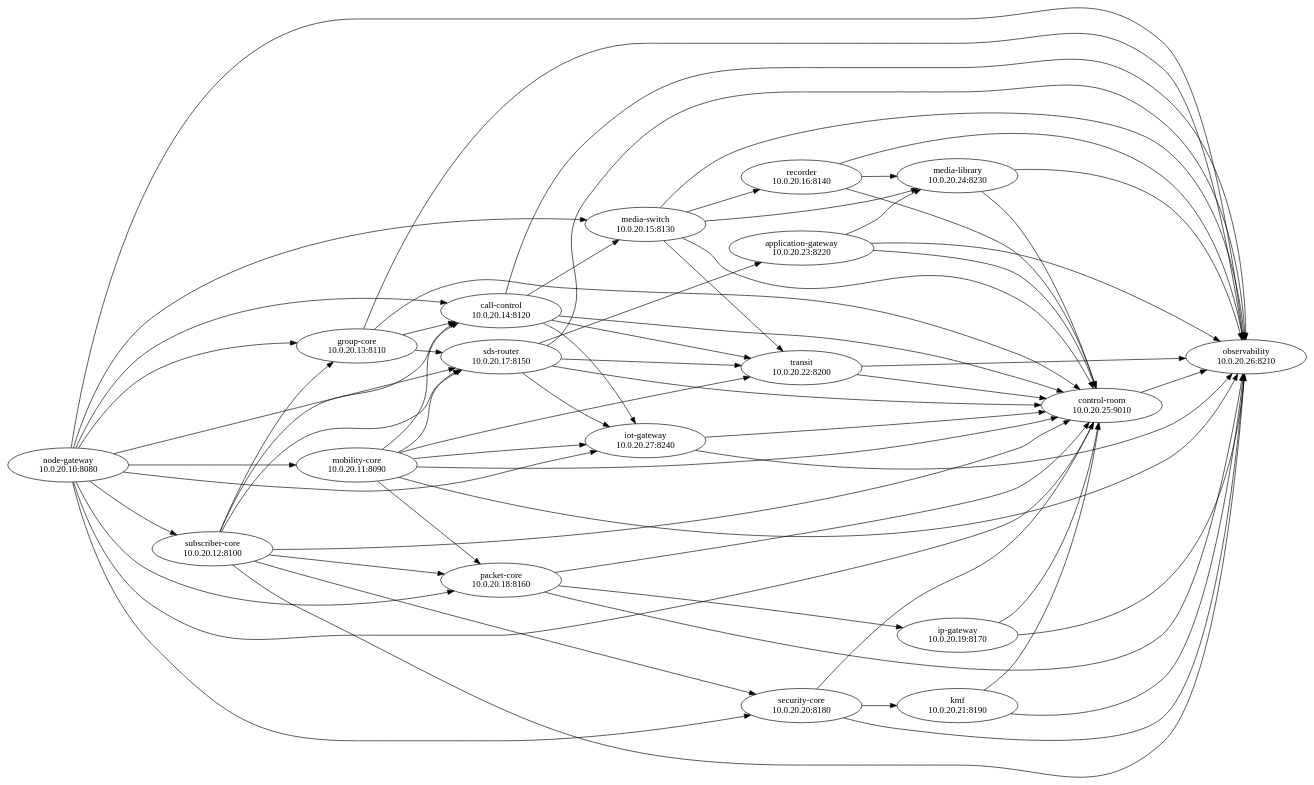
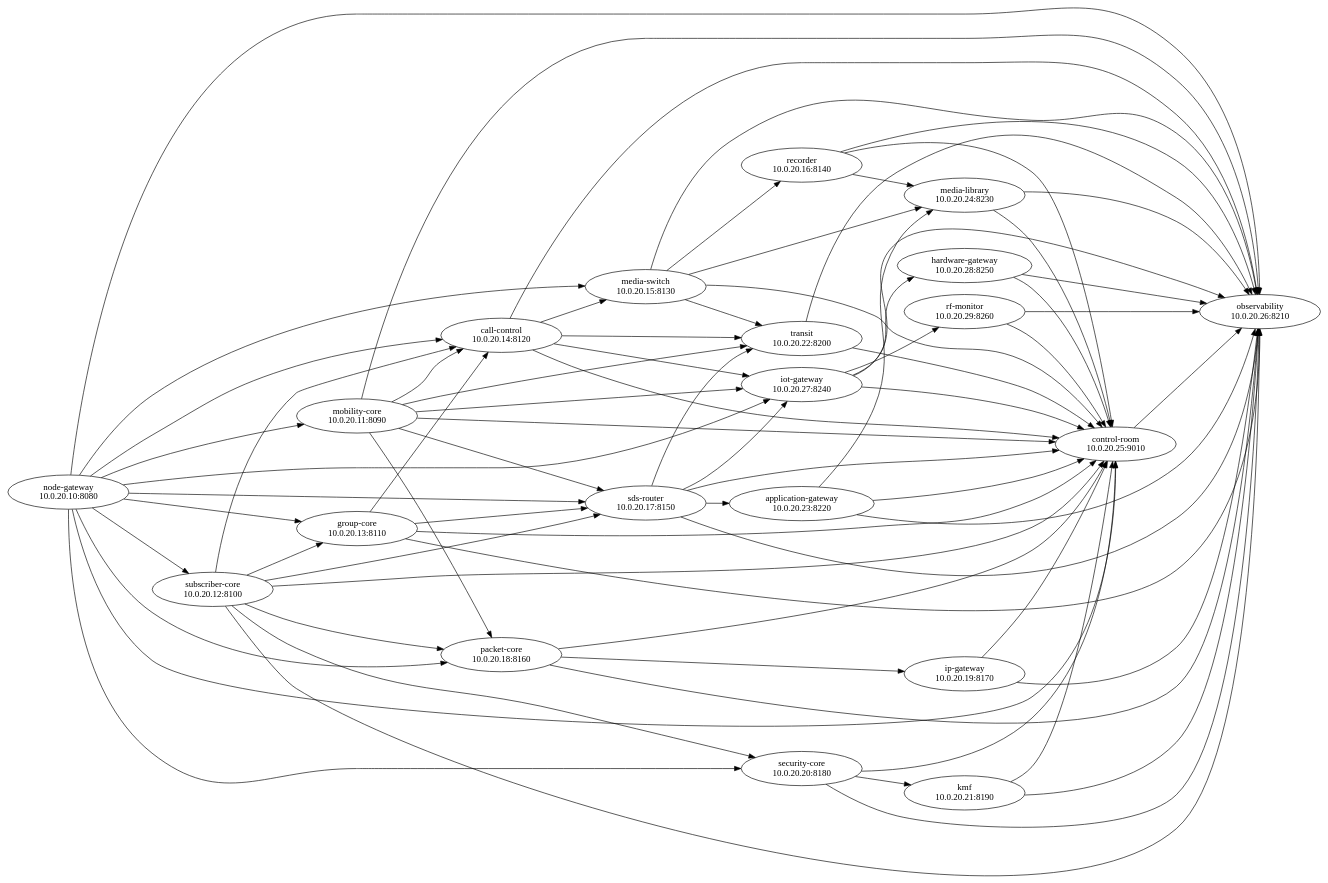
The diagram in deploy/open-lab/generated/dependency-graph.dot (JanHG98/netcore-tetra), drawn with Graphviz before and after one commit. The commit also changed 36 other files, not shown here.

First line of the commit message:
Add Phase 7 RF monitor and hardware-gateway

```diff
--- a/deploy/open-lab/generated/dependency-graph.dot
+++ b/deploy/open-lab/generated/dependency-graph.dot
@@ -1,88 +1,96 @@
 digraph netcore_open_lab {
   rankdir=LR;
   "node-gateway" [label="node-gateway\n10.0.20.10:8080"];
   "mobility-core" [label="mobility-core\n10.0.20.11:8090"];
   "node-gateway" -> "mobility-core";
   "subscriber-core" [label="subscriber-core\n10.0.20.12:8100"];
   "node-gateway" -> "subscriber-core";
   "group-core" [label="group-core\n10.0.20.13:8110"];
   "node-gateway" -> "group-core";
   "subscriber-core" -> "group-core";
   "call-control" [label="call-control\n10.0.20.14:8120"];
   "node-gateway" -> "call-control";
   "subscriber-core" -> "call-control";
   "group-core" -> "call-control";
   "mobility-core" -> "call-control";
   "media-switch" [label="media-switch\n10.0.20.15:8130"];
   "node-gateway" -> "media-switch";
   "call-control" -> "media-switch";
   "recorder" [label="recorder\n10.0.20.16:8140"];
   "media-switch" -> "recorder";
   "sds-router" [label="sds-router\n10.0.20.17:8150"];
   "node-gateway" -> "sds-router";
   "subscriber-core" -> "sds-router";
   "group-core" -> "sds-router";
   "mobility-core" -> "sds-router";
   "packet-core" [label="packet-core\n10.0.20.18:8160"];
   "node-gateway" -> "packet-core";
   "subscriber-core" -> "packet-core";
   "mobility-core" -> "packet-core";
   "ip-gateway" [label="ip-gateway\n10.0.20.19:8170"];
   "packet-core" -> "ip-gateway";
   "security-core" [label="security-core\n10.0.20.20:8180"];
   "node-gateway" -> "security-core";
   "subscriber-core" -> "security-core";
   "kmf" [label="kmf\n10.0.20.21:8190"];
   "security-core" -> "kmf";
   "transit" [label="transit\n10.0.20.22:8200"];
   "mobility-core" -> "transit";
   "call-control" -> "transit";
   "media-switch" -> "transit";
   "sds-router" -> "transit";
   "application-gateway" [label="application-gateway\n10.0.20.23:8220"];
   "sds-router" -> "application-gateway";
   "media-library" [label="media-library\n10.0.20.24:8230"];
   "media-switch" -> "media-library";
   "recorder" -> "media-library";
   "application-gateway" -> "media-library";
   "control-room" [label="control-room\n10.0.20.25:9010"];
   "node-gateway" -> "control-room";
   "subscriber-core" -> "control-room";
   "group-core" -> "control-room";
   "mobility-core" -> "control-room";
   "call-control" -> "control-room";
   "media-switch" -> "control-room";
   "recorder" -> "control-room";
   "sds-router" -> "control-room";
   "packet-core" -> "control-room";
   "ip-gateway" -> "control-room";
   "security-core" -> "control-room";
   "kmf" -> "control-room";
   "transit" -> "control-room";
   "application-gateway" -> "control-room";
   "media-library" -> "control-room";
   "iot-gateway" -> "control-room";
+  "hardware-gateway" -> "control-room";
+  "rf-monitor" -> "control-room";
   "observability" [label="observability\n10.0.20.26:8210"];
   "node-gateway" -> "observability";
   "subscriber-core" -> "observability";
   "group-core" -> "observability";
   "mobility-core" -> "observability";
   "call-control" -> "observability";
   "media-switch" -> "observability";
   "recorder" -> "observability";
   "sds-router" -> "observability";
   "packet-core" -> "observability";
   "ip-gateway" -> "observability";
   "security-core" -> "observability";
   "kmf" -> "observability";
   "transit" -> "observability";
   "application-gateway" -> "observability";
   "media-library" -> "observability";
   "iot-gateway" -> "observability";
+  "hardware-gateway" -> "observability";
+  "rf-monitor" -> "observability";
   "control-room" -> "observability";
   "iot-gateway" [label="iot-gateway\n10.0.20.27:8240"];
   "node-gateway" -> "iot-gateway";
   "mobility-core" -> "iot-gateway";
   "call-control" -> "iot-gateway";
   "sds-router" -> "iot-gateway";
+  "hardware-gateway" [label="hardware-gateway\n10.0.20.28:8250"];
+  "iot-gateway" -> "hardware-gateway";
+  "rf-monitor" [label="rf-monitor\n10.0.20.29:8260"];
+  "iot-gateway" -> "rf-monitor";
 }
```
